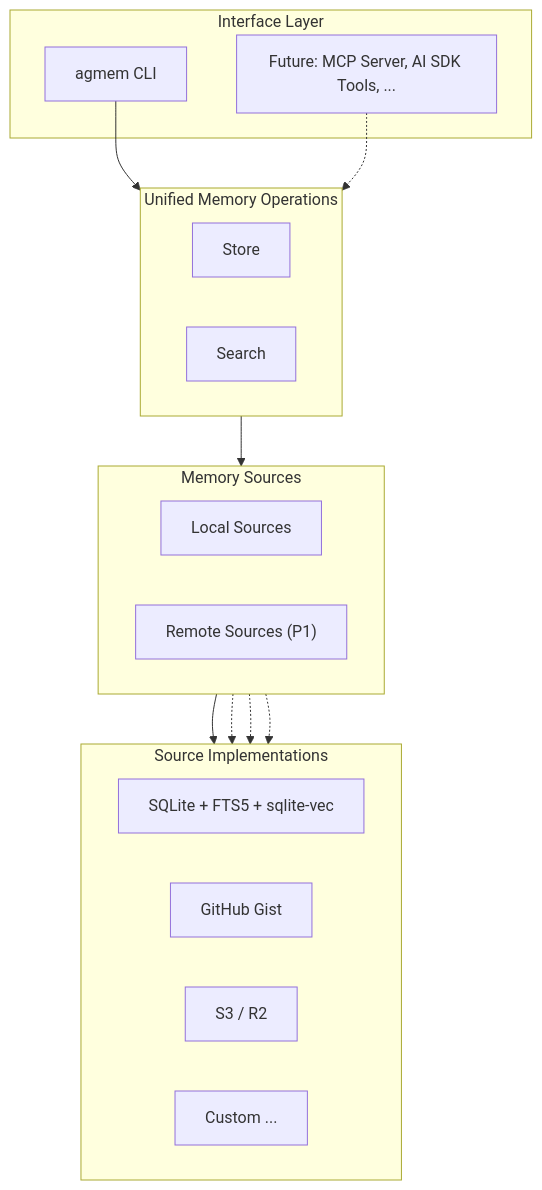
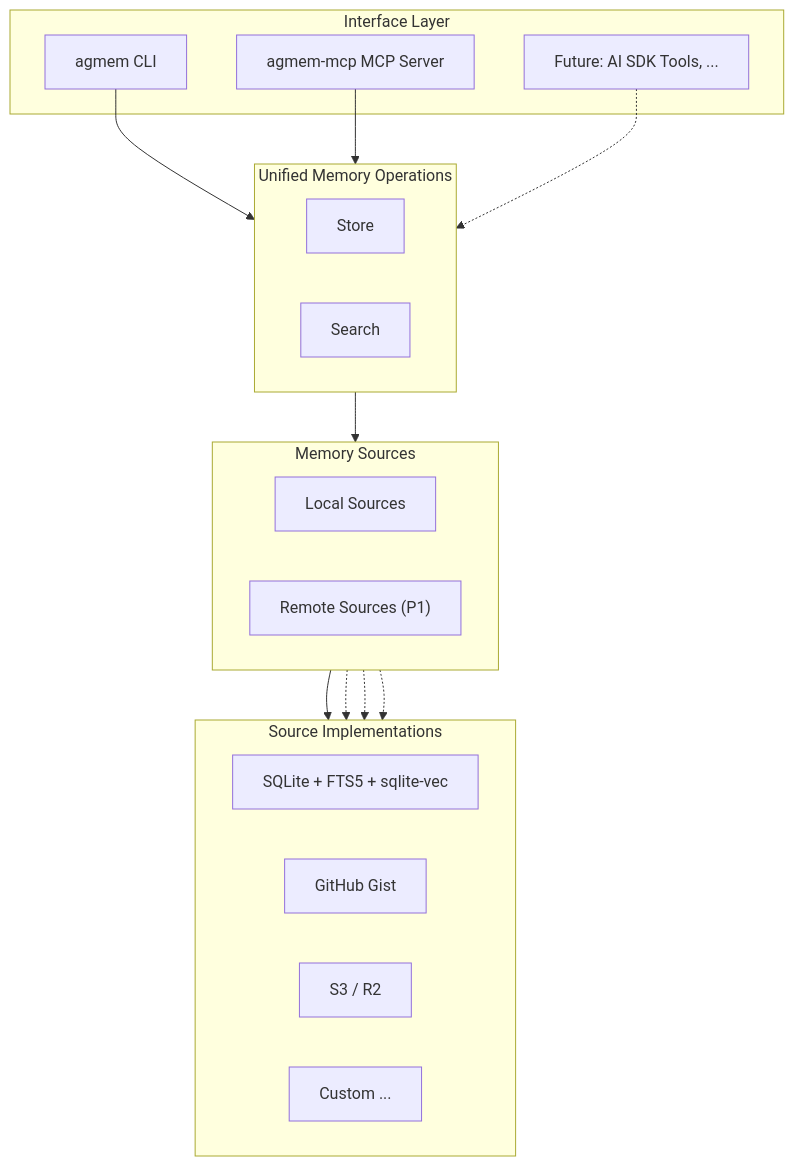
One commit to WHQ25/agent-memory changed the diagram in README.md. Above: the diagram before and after it, drawn with Mermaid. The commit also changed other lines of this file and 16 other files, not shown here.

First line of the commit message:
v0.2.0: Improve MCP server with best practices, add README and docs

````diff
--- a/README.md
+++ b/README.md
@@ -113,34 +144,36 @@
 ```mermaid
 graph TB
   subgraph Interface["Interface Layer"]
     CLI["agmem CLI"]
-    Future["Future: MCP Server, AI SDK Tools, ..."]
+    MCP["agmem-mcp MCP Server"]
+    Future["Future: AI SDK Tools, ..."]
   end
 
   subgraph Core["Unified Memory Operations"]
     Store["Store"]
     Search["Search"]
   end
 
   subgraph Sources["Memory Sources"]
     direction LR
     LS["Local Sources"]
     RS["Remote Sources (P1)"]
   end
 
   subgraph Details["Source Implementations"]
     direction LR
     SQLite["SQLite + FTS5 + sqlite-vec"]
     Gist["GitHub Gist"]
     S3["S3 / R2"]
     Custom["Custom ..."]
   end
 
   CLI --> Core
+  MCP --> Core
   Future -.-> Core
   Core --> Sources
   LS --> SQLite
   RS -.-> Gist
   RS -.-> S3
   RS -.-> Custom
 ```
````
